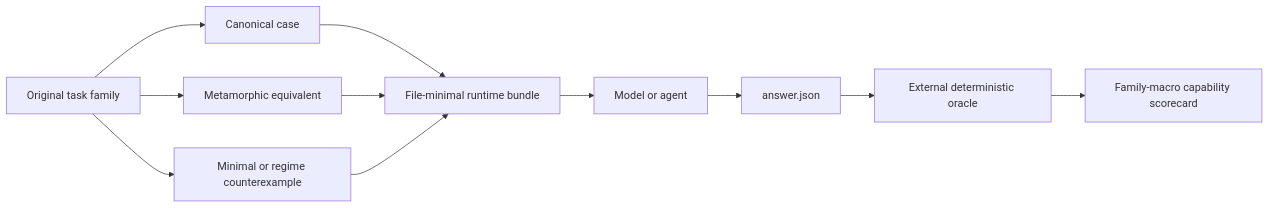
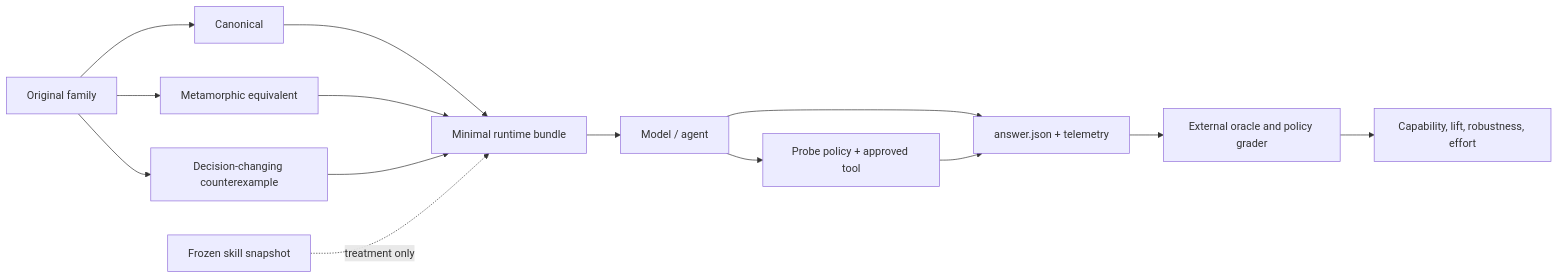
The diagram in README.md (jialinlu/ldo_benchmark_for_agent), drawn with Mermaid before and after one commit. The commit also changed other lines of this file and 501 other files, not shown here.

````diff
--- a/README.md
+++ b/README.md
@@ -55,13 +58,16 @@
 ```mermaid
 flowchart LR
-    A["Original task family"] --> B["Canonical case"]
-    A --> C["Metamorphic equivalent"]
-    A --> D["Minimal or regime counterexample"]
-    B --> E["File-minimal runtime bundle"]
-    C --> E
-    D --> E
-    E --> F["Model or agent"]
-    F --> G["answer.json"]
-    G --> H["External deterministic oracle"]
-    H --> I["Family-macro capability scorecard"]
+    F["Original family"] --> C["Canonical"]
+    F --> M["Metamorphic equivalent"]
+    F --> X["Decision-changing counterexample"]
+    C --> B["Minimal runtime bundle"]
+    M --> B
+    X --> B
+    S["Frozen skill snapshot"] -. "treatment only" .-> B
+    B --> A["Model / agent"]
+    A --> P["Probe policy + approved tool"]
+    A --> R["answer.json + telemetry"]
+    P --> R
+    R --> G["External oracle and policy grader"]
+    G --> V["Capability, lift, robustness, effort"]
 ```
````
